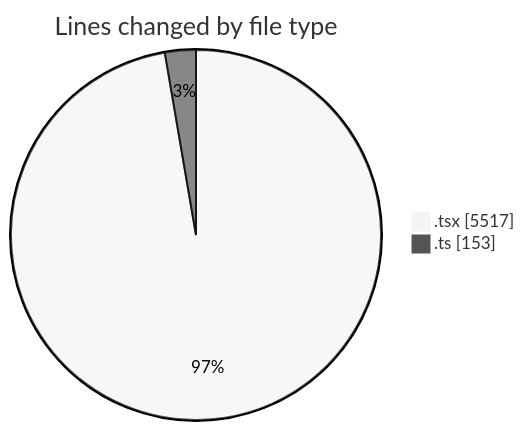
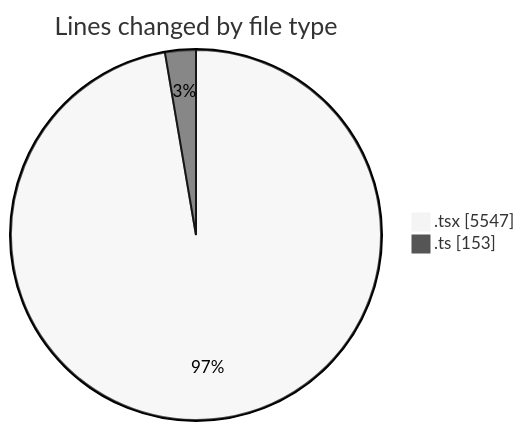
Before and after one commit to nxtqubesakshisongat/code-tracking: the first of 2 diagrams in 2026-03-27/nxtqube_webapp/README.md, drawn with Mermaid (neutral theme). The commit also changed other lines of this file and 1 other file, not shown here.

````diff
--- a/2026-03-27/nxtqube_webapp/README.md
+++ b/2026-03-27/nxtqube_webapp/README.md
@@ -25,6 +25,6 @@
 ```mermaid
 pie showData
 title Lines changed by file type
-".tsx" : 5517
+".tsx" : 5547
 ".ts" : 153
 ```
````
